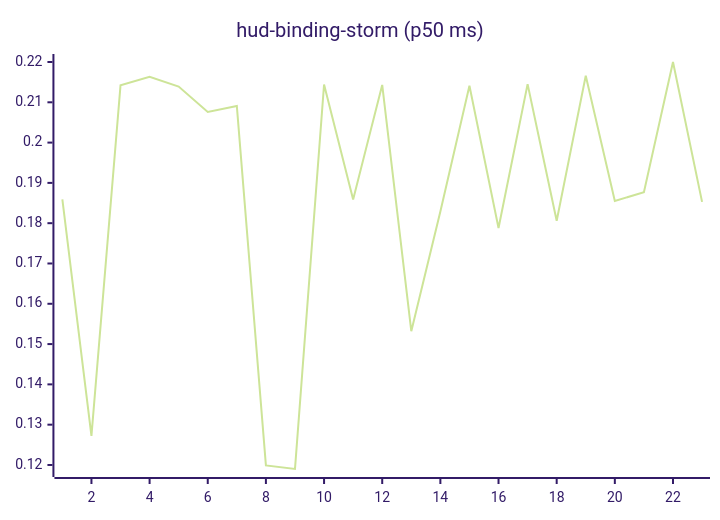
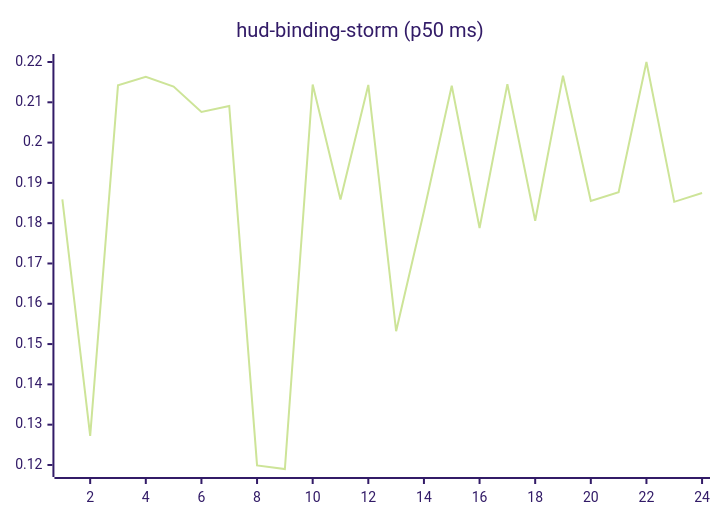
Before and after one commit to josha/Facet: the tenth of 27 diagrams in README.md, drawn with Mermaid (forest theme). The commit also changed other lines of this file and 2 other files, not shown here.

````diff
--- a/README.md
+++ b/README.md
@@ -126,6 +126,6 @@
 ```mermaid
 xychart-beta
     title "hud-binding-storm (p50 ms)"
-    x-axis 1 --> 23
-    line [0.1859, 0.1272, 0.2142, 0.2163, 0.2139, 0.2076, 0.2091, 0.1199, 0.1190, 0.2144, 0.1859, 0.2143, 0.1532, 0.1829, 0.2141, 0.1788, 0.2145, 0.1806, 0.2166, 0.1855, 0.1877, 0.2200, 0.1853]
+    x-axis 1 --> 24
+    line [0.1859, 0.1272, 0.2142, 0.2163, 0.2139, 0.2076, 0.2091, 0.1199, 0.1190, 0.2144, 0.1859, 0.2143, 0.1532, 0.1829, 0.2141, 0.1788, 0.2145, 0.1806, 0.2166, 0.1855, 0.1877, 0.2200, 0.1853, 0.1875]
 ```
````
